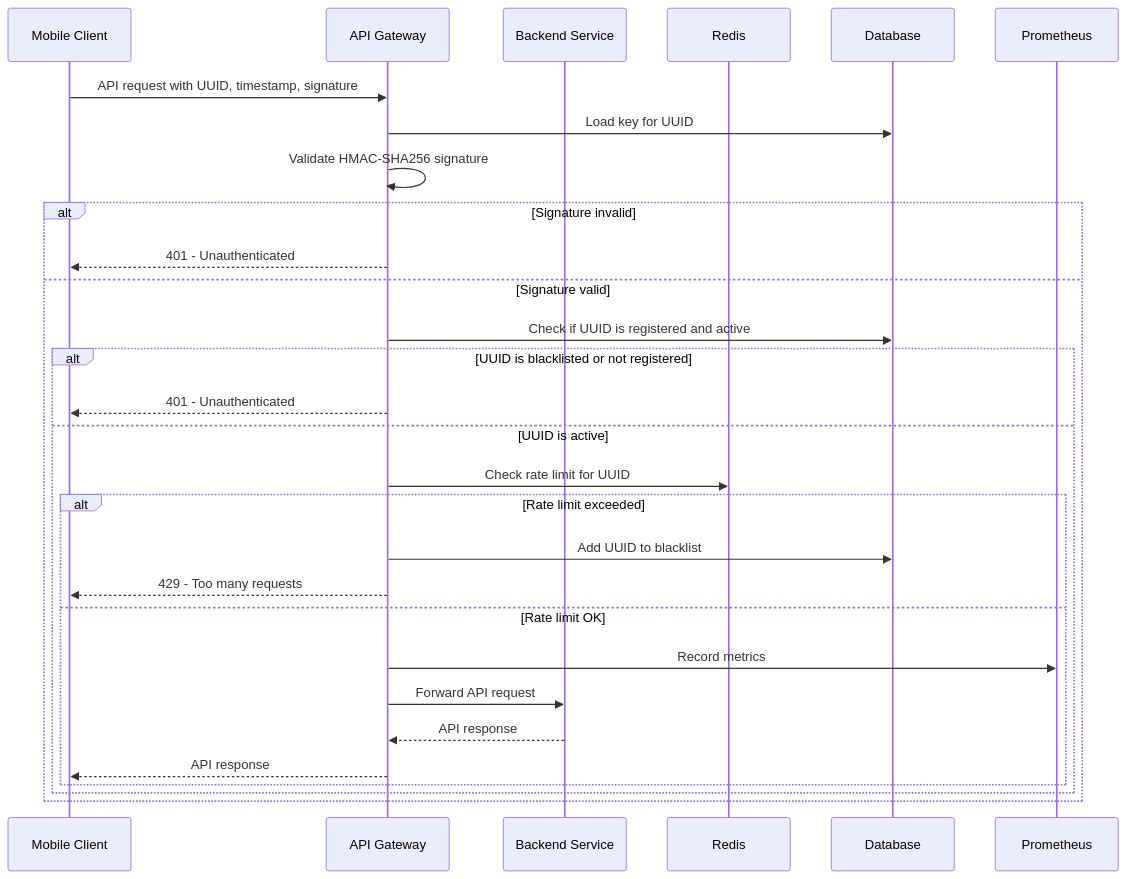
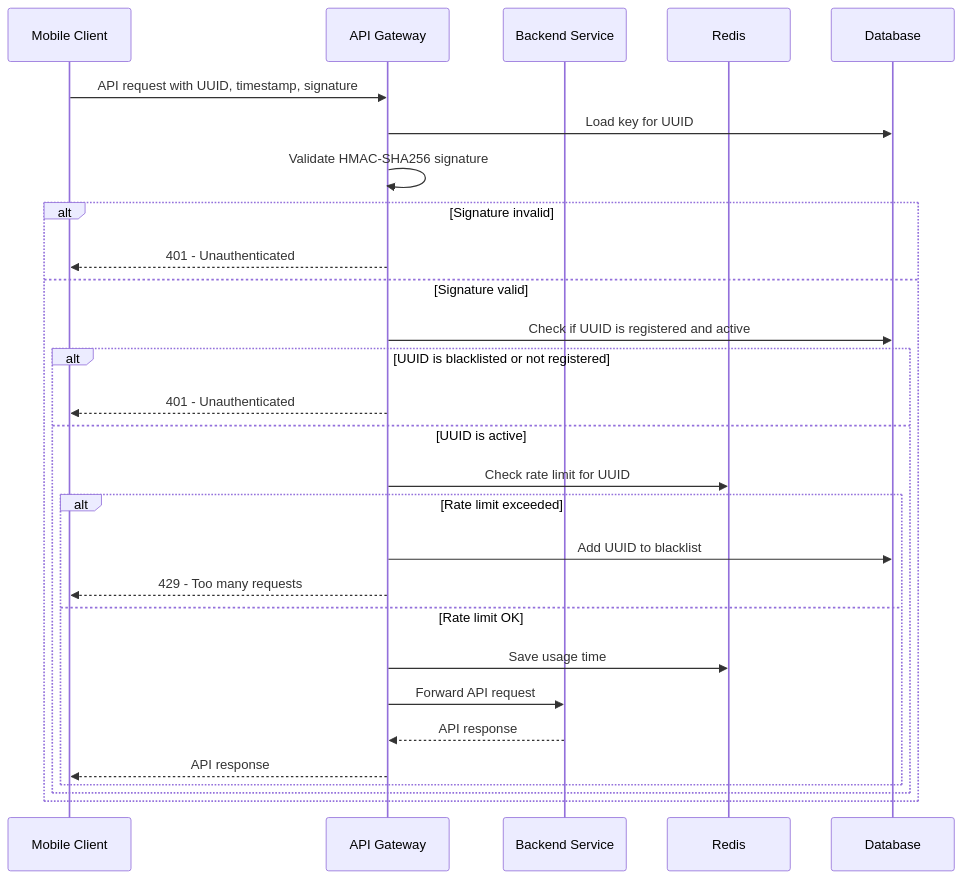
The diagram in README.md (varress/coursework), drawn with Mermaid before and after one commit. The commit also changed other lines of this file and 4 other files, not shown here.

````diff
--- a/README.md
+++ b/README.md
@@ -38,32 +35,31 @@
 ```mermaid
 sequenceDiagram
     participant Mobile Client
     participant API Gateway
     participant Backend Service
     participant Redis
     participant Database
-    participant Prometheus
 
     Mobile Client->>API Gateway: API request with UUID, timestamp, signature
     API Gateway->>Database: Load key for UUID
     API Gateway->>API Gateway: Validate HMAC-SHA256 signature
     alt Signature invalid
         API Gateway-->>Mobile Client: 401 - Unauthenticated
     else Signature valid
         API Gateway->>Database: Check if UUID is registered and active
         alt UUID is blacklisted or not registered
             API Gateway-->>Mobile Client: 401 - Unauthenticated
         else UUID is active
             API Gateway->>Redis: Check rate limit for UUID
             alt Rate limit exceeded
                 API Gateway->>Database: Add UUID to blacklist
                 API Gateway-->>Mobile Client: 429 - Too many requests
             else Rate limit OK
-                API Gateway->>Prometheus: Record metrics
+                API Gateway->>Redis: Save usage time
                 API Gateway->>Backend Service: Forward API request
                 Backend Service-->>API Gateway: API response
                 API Gateway-->>Mobile Client: API response
             end
         end
     end
 ```
````
